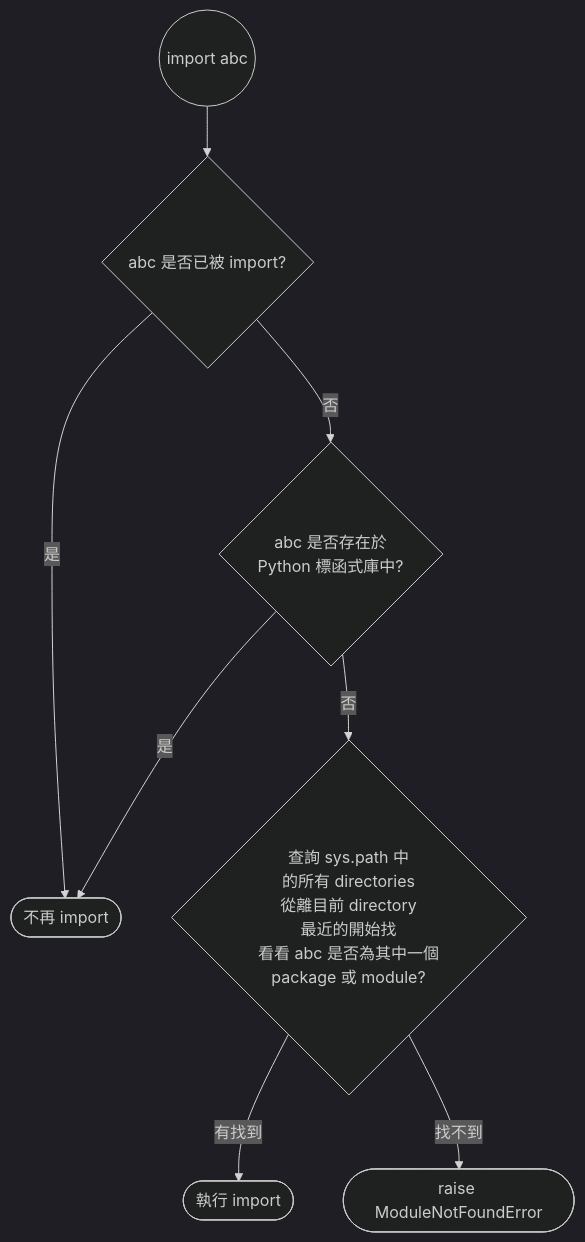
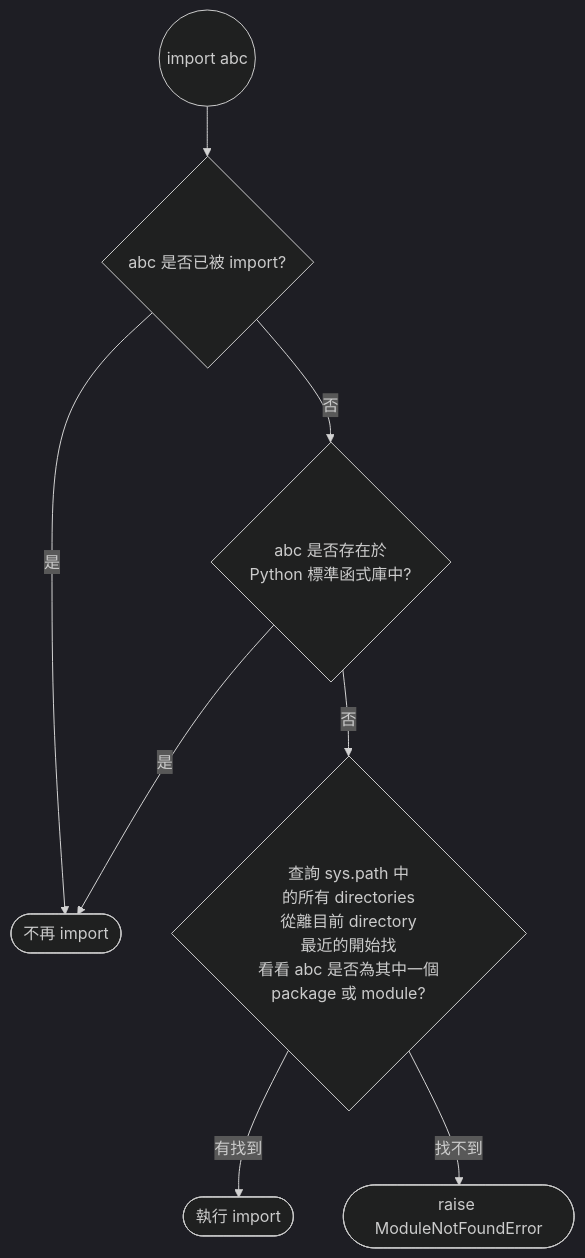
The diagram in Python/import.md (bingyangchen/KM-software), drawn with Mermaid (dark theme) before and after one commit. The commit also changed 39 other files, not shown here.

````diff
--- a/Python/import.md
+++ b/Python/import.md
@@ -11,17 +11,17 @@
 ```mermaid
 flowchart TD
     id1((import abc))
     id2{abc 是否已被 import?}
     id3([不再 import])
-    id4{abc 是否存在於\nPython 標函式庫中?}
+    id4{abc 是否存在於\nPython 標準函式庫中?}
     id5{查詢 sys.path 中\n的所有 directories\n從離目前 directory\n最近的開始找\n看看 abc 是否為其中一個\npackage 或 module?}
     id6([執行 import])
     id7([raise ModuleNotFoundError])
     id1 --> id2
     id2 --是--> id3
     id2 --否--> id4
     id4 --是--> id3
     id4 --否--> id5
     id5 --有找到--> id6
     id5 --找不到--> id7
 ```
````
